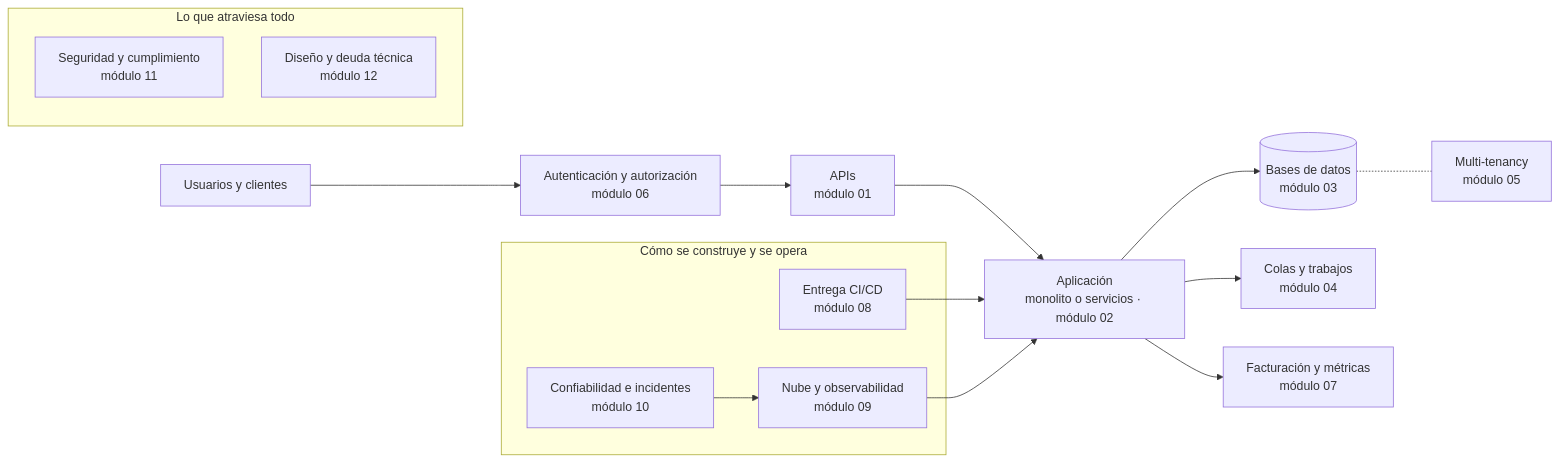
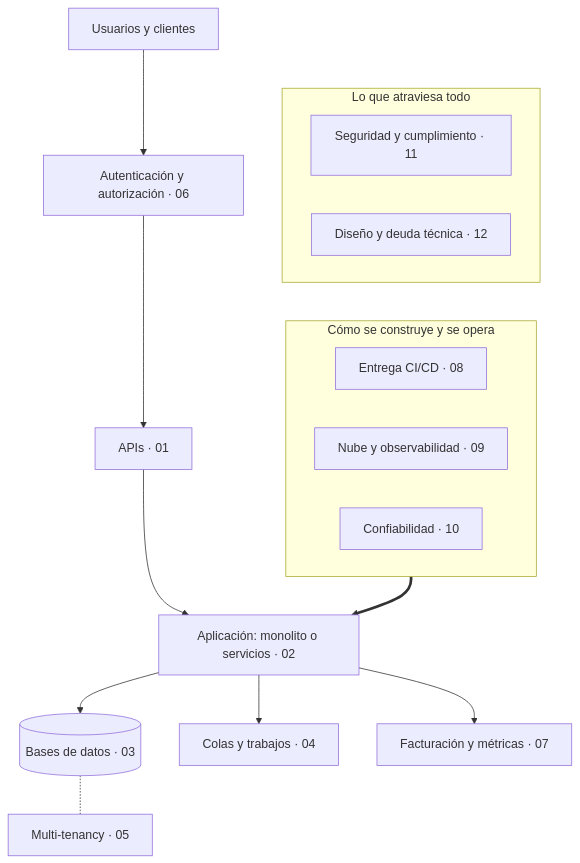
The diagram in content/00-inicio.md (andresga79/saas-para-scrum-masters), drawn with Mermaid before and after one commit. The commit also changed other lines of this file and 13 other files, not shown here.

First line of the commit message:
Corrige legibilidad de diagramas, casilla del pie e impresión en modo oscuro

````diff
--- a/content/00-inicio.md
+++ b/content/00-inicio.md
@@ -11,25 +11,26 @@
 ```mermaid
-flowchart LR
-    U["Usuarios y clientes"] --> AUTH["Autenticación y autorización<br/>módulo 06"]
-    AUTH --> API["APIs<br/>módulo 01"]
-    API --> APP["Aplicación<br/>monolito o servicios · módulo 02"]
-    APP --> DB[("Bases de datos<br/>módulo 03")]
-    APP --> Q["Colas y trabajos<br/>módulo 04"]
-    APP --> BILL["Facturación y métricas<br/>módulo 07"]
-    DB -.- MT["Multi-tenancy<br/>módulo 05"]
+flowchart TB
+    U["Usuarios y clientes"] --> AUTH["Autenticación y autorización · 06"]
+    AUTH --> API["APIs · 01"]
+    API --> APP["Aplicación: monolito o servicios · 02"]
+    APP --> DB[("Bases de datos · 03")]
+    APP --> Q["Colas y trabajos · 04"]
+    APP --> BILL["Facturación y métricas · 07"]
+    DB -.- MT["Multi-tenancy · 05"]
 
     subgraph PLATAFORMA["Cómo se construye y se opera"]
-        CICD["Entrega CI/CD<br/>módulo 08"]
-        CLOUD["Nube y observabilidad<br/>módulo 09"]
-        REL["Confiabilidad e incidentes<br/>módulo 10"]
+        direction LR
+        CICD["Entrega CI/CD · 08"]
+        CLOUD["Nube y observabilidad · 09"]
+        REL["Confiabilidad · 10"]
     end
 
     subgraph TRANSVERSAL["Lo que atraviesa todo"]
-        SEC["Seguridad y cumplimiento<br/>módulo 11"]
-        DES["Diseño y deuda técnica<br/>módulo 12"]
+        direction LR
+        SEC["Seguridad y cumplimiento · 11"]
+        DES["Diseño y deuda técnica · 12"]
     end
 
-    CICD --> APP
-    CLOUD --> APP
-    REL --> CLOUD
+    PLATAFORMA ==> APP
+    TRANSVERSAL ~~~ PLATAFORMA
 ```
````
